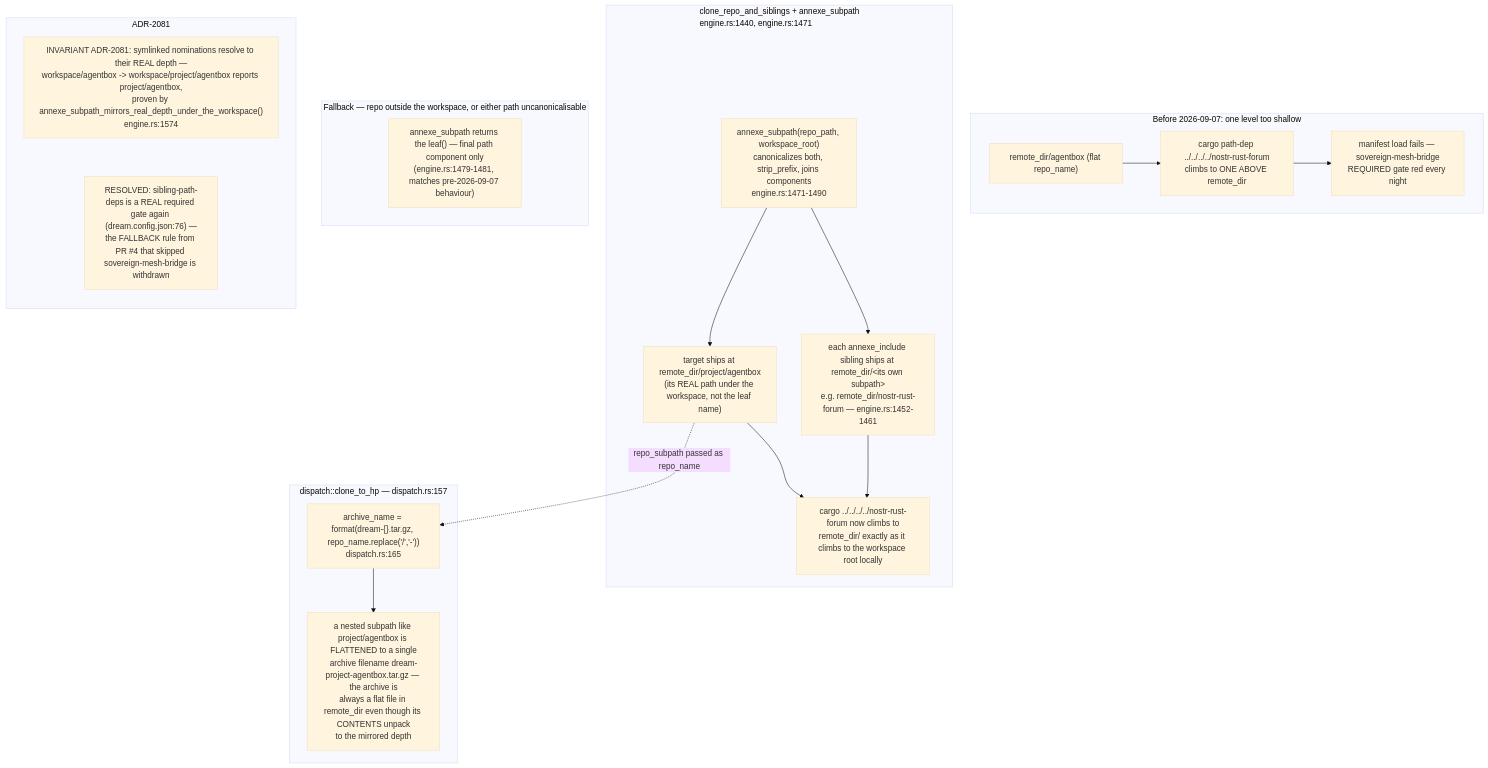
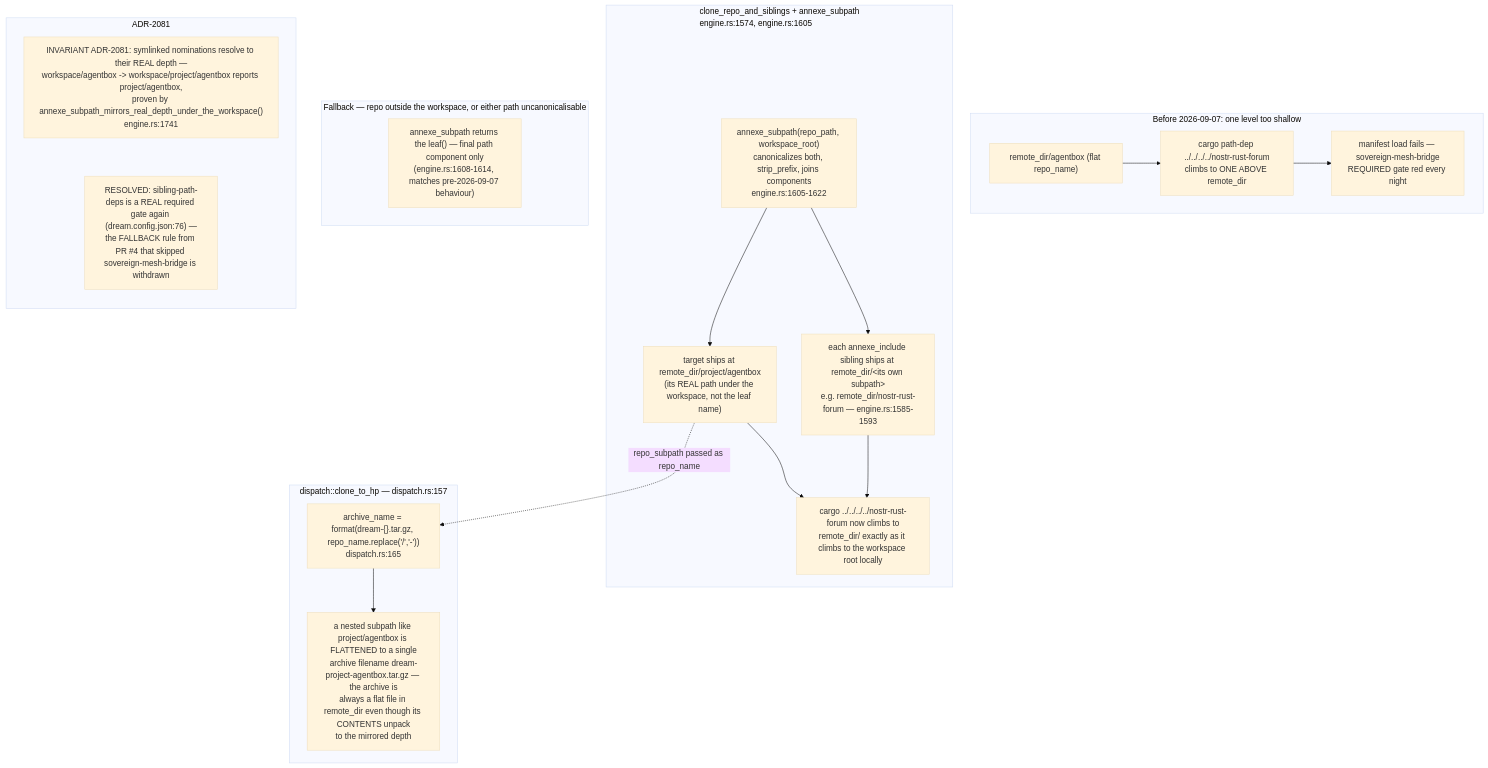
Diagram 11 of 18 in docs/diagrams/agentbox/23-dream-engine.md (DreamLab-AI/VisionFlow), drawn with Mermaid (base theme) before and after one commit. The commit also changed other lines of this file and 136 other files, not shown here.

First line of the commit message:
docs(diagrams): refresh the whole corpus to code HEAD and prune low-value diagrams

````diff
--- a/docs/diagrams/agentbox/23-dream-engine.md
+++ b/docs/diagrams/agentbox/23-dream-engine.md
@@ -556,34 +646,34 @@
 ```mermaid
 flowchart TB
     subgraph before["Before 2026-09-07: one level too shallow"]
         B1["remote_dir/agentbox #40;flat repo_name#41;"]
         B2["cargo path-dep ../../../../nostr-rust-forum<br/>climbs to ONE ABOVE remote_dir"]
         B3["manifest load fails — sovereign-mesh-bridge<br/>REQUIRED gate red every night"]
         B1 --> B2 --> B3
     end
-    subgraph after["clone_repo_and_siblings + annexe_subpath<br/>engine.rs:1440, engine.rs:1471"]
-        A1["annexe_subpath#40;repo_path, workspace_root#41;<br/>canonicalizes both, strip_prefix, joins components<br/>engine.rs:1471-1490"]
+    subgraph after["clone_repo_and_siblings + annexe_subpath<br/>engine.rs:1574, engine.rs:1605"]
+        A1["annexe_subpath#40;repo_path, workspace_root#41;<br/>canonicalizes both, strip_prefix, joins components<br/>engine.rs:1605-1622"]
         A2["target ships at remote_dir/project/agentbox<br/>#40;its REAL path under the workspace, not the leaf name#41;"]
-        A3["each annexe_include sibling ships at remote_dir/&lt;its own subpath&gt;<br/>e.g. remote_dir/nostr-rust-forum — engine.rs:1452-1461"]
+        A3["each annexe_include sibling ships at remote_dir/&lt;its own subpath&gt;<br/>e.g. remote_dir/nostr-rust-forum — engine.rs:1585-1593"]
         A4["cargo ../../../../nostr-rust-forum now climbs to<br/>remote_dir/ exactly as it climbs to the workspace root locally"]
         A1 --> A2
         A1 --> A3
         A2 --> A4
         A3 --> A4
     end
     subgraph dispatch["dispatch::clone_to_hp — dispatch.rs:157"]
         D1["archive_name = format#40;dream-{}.tar.gz, repo_name.replace#40;'/','-'#41;#41;<br/>dispatch.rs:165"]
         D2["a nested subpath like project/agentbox is FLATTENED to a single<br/>archive filename dream-project-agentbox.tar.gz — the archive is<br/>always a flat file in remote_dir even though its CONTENTS unpack<br/>to the mirrored depth"]
         D1 --> D2
     end
     A2 -.->|"repo_subpath passed as repo_name"| D1
     subgraph fallback["Fallback — repo outside the workspace, or either path uncanonicalisable"]
-        F1["annexe_subpath returns the leaf#40;#41; — final path component only<br/>#40;engine.rs:1479-1481, matches pre-2026-09-07 behaviour#41;"]
+        F1["annexe_subpath returns the leaf#40;#41; — final path component only<br/>#40;engine.rs:1608-1614, matches pre-2026-09-07 behaviour#41;"]
     end
     subgraph notes["ADR-2081"]
         direction TB
-        N1["INVARIANT ADR-2081: symlinked nominations resolve to their REAL depth —<br/>workspace/agentbox -> workspace/project/agentbox reports project/agentbox,<br/>proven by annexe_subpath_mirrors_real_depth_under_the_workspace#40;#41;<br/>engine.rs:1574"]
+        N1["INVARIANT ADR-2081: symlinked nominations resolve to their REAL depth —<br/>workspace/agentbox -> workspace/project/agentbox reports project/agentbox,<br/>proven by annexe_subpath_mirrors_real_depth_under_the_workspace#40;#41;<br/>engine.rs:1741"]
         N2["RESOLVED: sibling-path-deps is a REAL required gate again (dream.config.json:76) —<br/>the FALLBACK rule from PR #4 that skipped sovereign-mesh-bridge is withdrawn"]
         N1 ~~~ N2
     end
 ```
````
